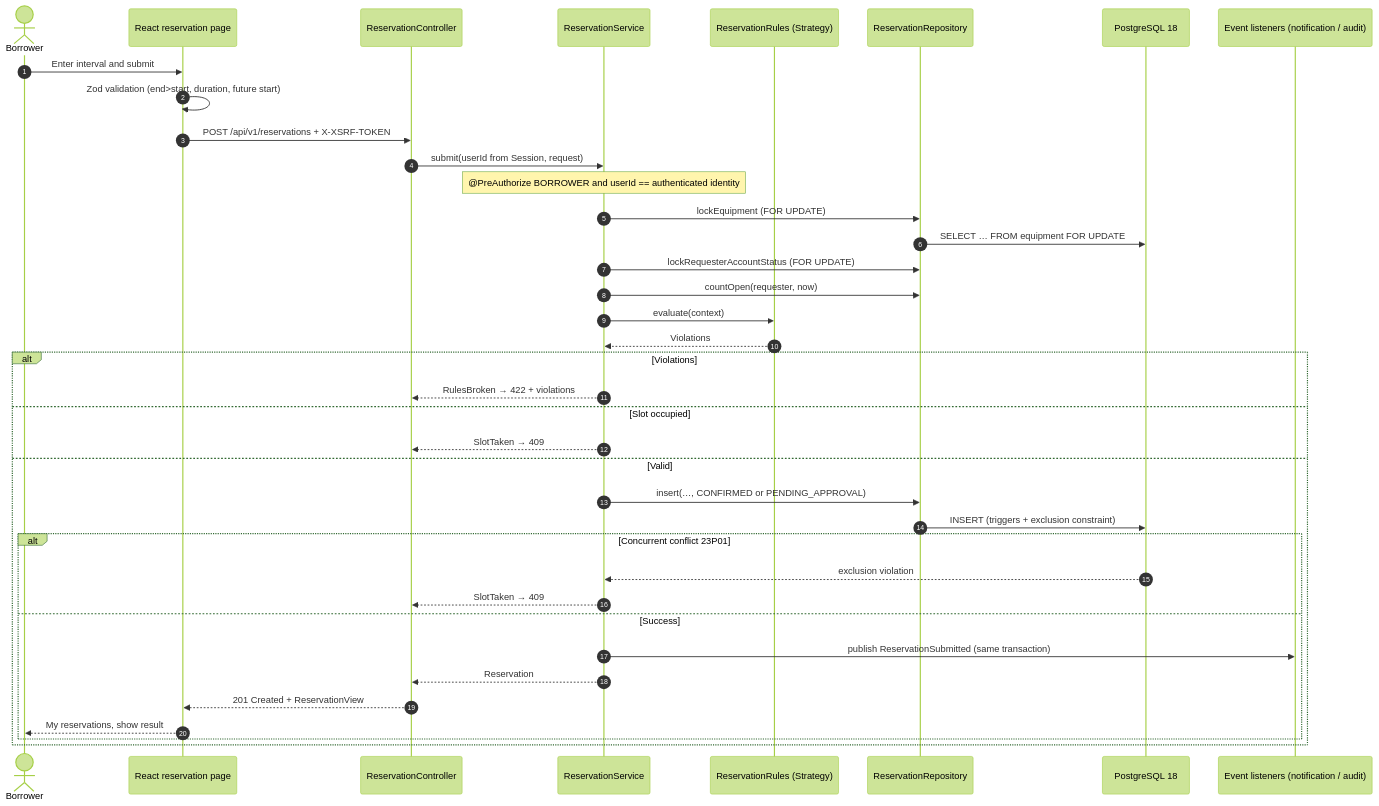
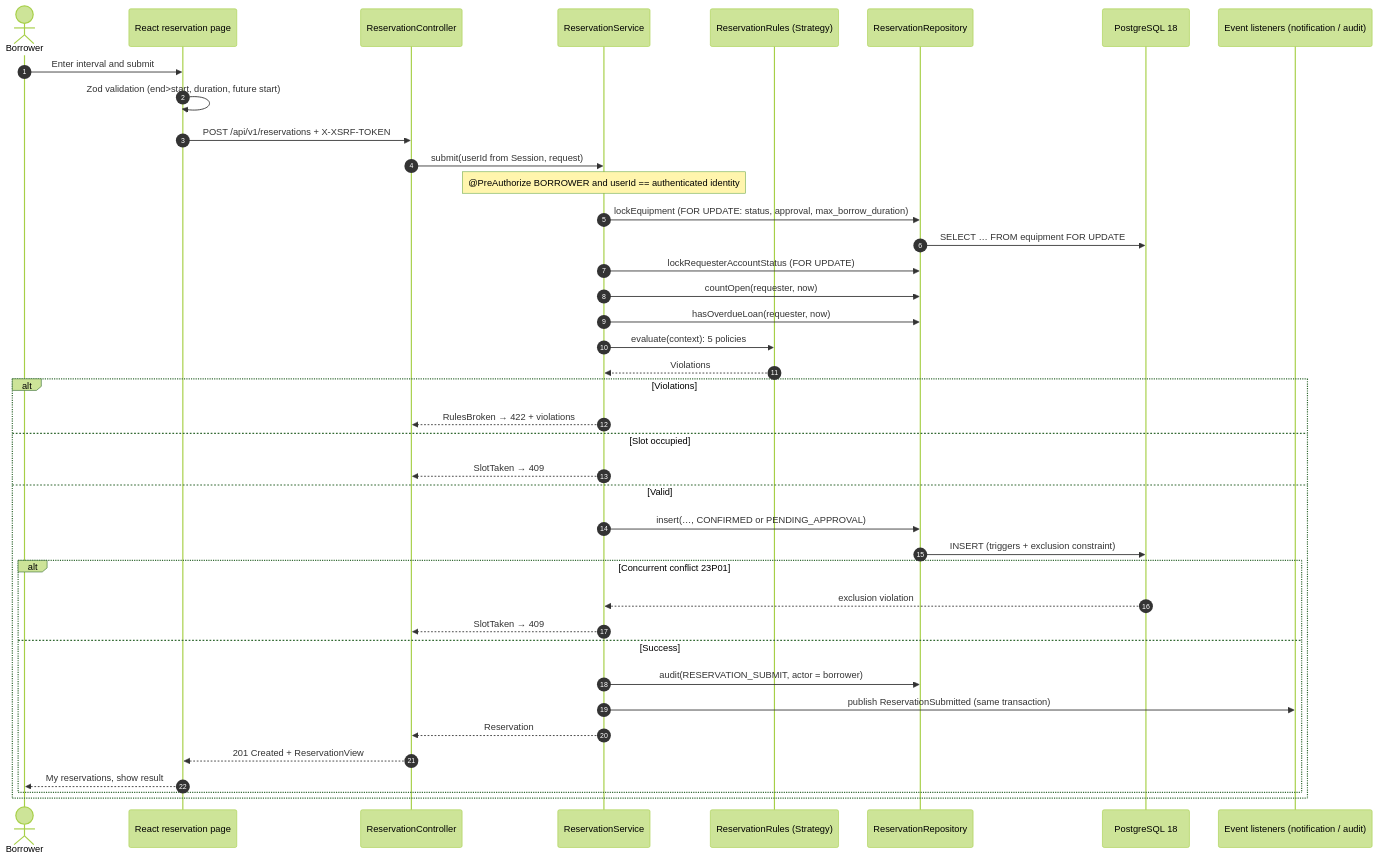
One commit to YukiOvOb/AGFP changed the second of 3 diagrams in docs/uc01-search-and-reserve.md. Above: the diagram before and after it, drawn with Mermaid (forest theme). The commit also changed other lines of this file and 1 other file, not shown here.

First line of the commit message:
docs(uc01): refresh use case, sequence diagram and test bench for main

````diff
--- a/docs/uc01-search-and-reserve.md
+++ b/docs/uc01-search-and-reserve.md
@@ -76,40 +79,42 @@
 ```mermaid
 sequenceDiagram
   autonumber
   actor B as Borrower
   participant W as React reservation page
   participant C as ReservationController
   participant S as ReservationService
   participant P as ReservationRules (Strategy)
   participant R as ReservationRepository
   participant D as PostgreSQL 18
   participant E as Event listeners (notification / audit)
   B->>W: Enter interval and submit
   W->>W: Zod validation (end>start, duration, future start)
   W->>C: POST /api/v1/reservations + X-XSRF-TOKEN
   C->>S: submit(userId from Session, request)
   Note over S: @PreAuthorize BORROWER and userId == authenticated identity
-  S->>R: lockEquipment (FOR UPDATE)
+  S->>R: lockEquipment (FOR UPDATE: status, approval, max_borrow_duration)
   R->>D: SELECT … FROM equipment FOR UPDATE
   S->>R: lockRequesterAccountStatus (FOR UPDATE)
   S->>R: countOpen(requester, now)
-  S->>P: evaluate(context)
+  S->>R: hasOverdueLoan(requester, now)
+  S->>P: evaluate(context): 5 policies
   P-->>S: Violations
   alt Violations
     S-->>C: RulesBroken → 422 + violations
   else Slot occupied
     S-->>C: SlotTaken → 409
   else Valid
     S->>R: insert(…, CONFIRMED or PENDING_APPROVAL)
     R->>D: INSERT (triggers + exclusion constraint)
     alt Concurrent conflict 23P01
       D-->>S: exclusion violation
       S-->>C: SlotTaken → 409
     else Success
+      S->>R: audit(RESERVATION_SUBMIT, actor = borrower)
       S->>E: publish ReservationSubmitted (same transaction)
       S-->>C: Reservation
       C-->>W: 201 Created + ReservationView
       W-->>B: My reservations, show result
     end
   end
 ```
````
